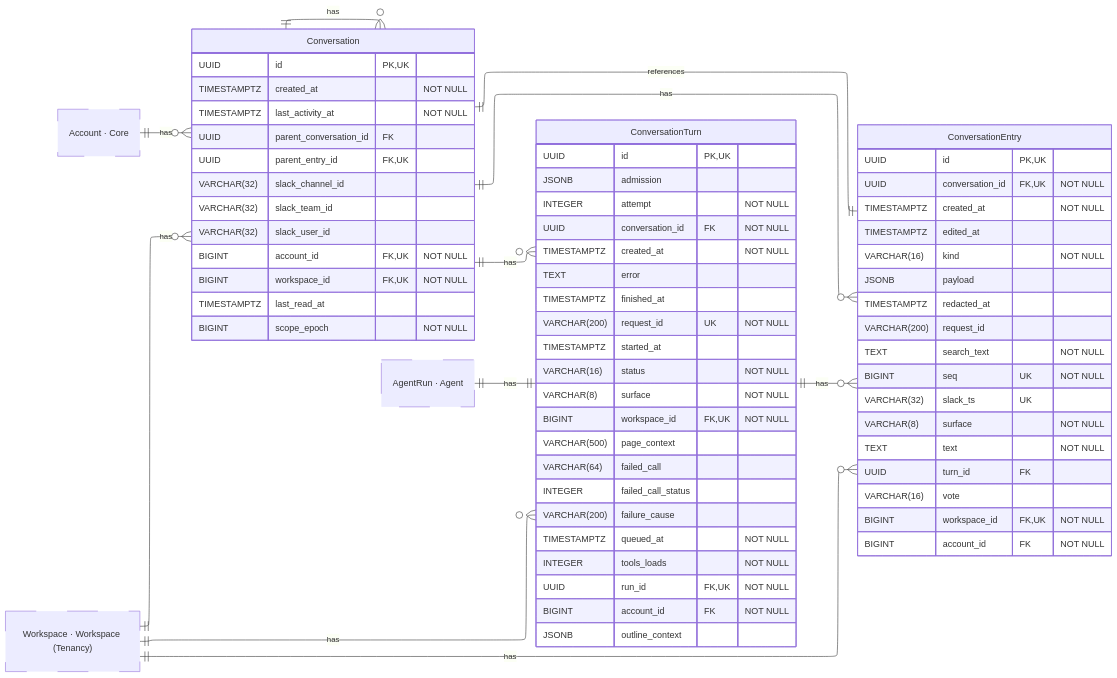
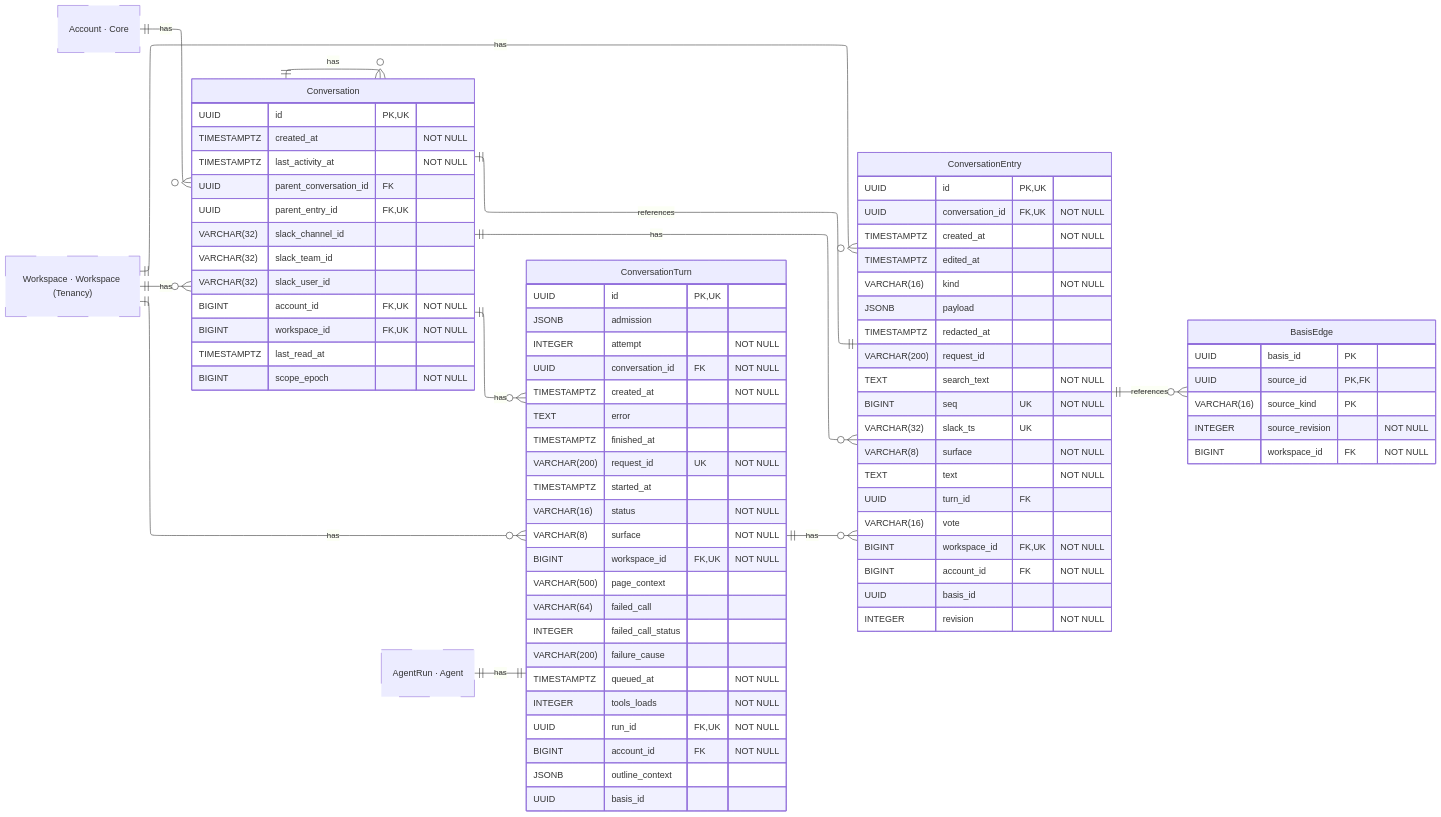
One commit to hephaestus-build/Hephaestus changed the diagram in docs/contributor/erd/conversation.mmd. Above: the diagram before and after it, drawn with Mermaid. The commit also changed 1 other file, not shown here.

Commit message:
chore(server): regenerate the conversation ERD and format the merged queries

```diff
--- a/docs/contributor/erd/conversation.mmd
+++ b/docs/contributor/erd/conversation.mmd
@@ -1,98 +1,110 @@
 ---
 config:
     layout: elk
 ---
 erDiagram
     %% Generated automatically from PostgreSQL database schema
     %% using scripts/generate-mermaid-erd.ts
     %% To regenerate: vp run db:generate-erd-docs
 
     direction LR
+
+    BasisEdge {
+        UUID basis_id PK
+        UUID source_id PK,FK
+        VARCHAR(16) source_kind PK
+        INTEGER source_revision "NOT NULL"
+        BIGINT workspace_id FK "NOT NULL"
+    }
 
     Conversation {
         UUID id PK,UK
         TIMESTAMPTZ created_at "NOT NULL"
         TIMESTAMPTZ last_activity_at "NOT NULL"
         UUID parent_conversation_id FK
         UUID parent_entry_id FK,UK
         VARCHAR(32) slack_channel_id
         VARCHAR(32) slack_team_id
         VARCHAR(32) slack_user_id
         BIGINT account_id FK,UK "NOT NULL"
         BIGINT workspace_id FK,UK "NOT NULL"
         TIMESTAMPTZ last_read_at
         BIGINT scope_epoch "NOT NULL"
     }
 
     ConversationEntry {
         UUID id PK,UK
         UUID conversation_id FK,UK "NOT NULL"
         TIMESTAMPTZ created_at "NOT NULL"
         TIMESTAMPTZ edited_at
         VARCHAR(16) kind "NOT NULL"
         JSONB payload
         TIMESTAMPTZ redacted_at
         VARCHAR(200) request_id
         TEXT search_text "NOT NULL"
         BIGINT seq UK "NOT NULL"
         VARCHAR(32) slack_ts UK
         VARCHAR(8) surface "NOT NULL"
         TEXT text "NOT NULL"
         UUID turn_id FK
         VARCHAR(16) vote
         BIGINT workspace_id FK,UK "NOT NULL"
         BIGINT account_id FK "NOT NULL"
+        UUID basis_id
+        INTEGER revision "NOT NULL"
     }
 
     ConversationTurn {
         UUID id PK,UK
         JSONB admission
         INTEGER attempt "NOT NULL"
         UUID conversation_id FK "NOT NULL"
         TIMESTAMPTZ created_at "NOT NULL"
         TEXT error
         TIMESTAMPTZ finished_at
         VARCHAR(200) request_id UK "NOT NULL"
         TIMESTAMPTZ started_at
         VARCHAR(16) status "NOT NULL"
         VARCHAR(8) surface "NOT NULL"
         BIGINT workspace_id FK,UK "NOT NULL"
         VARCHAR(500) page_context
         VARCHAR(64) failed_call
         INTEGER failed_call_status
         VARCHAR(200) failure_cause
         TIMESTAMPTZ queued_at "NOT NULL"
         INTEGER tools_loads "NOT NULL"
         UUID run_id FK,UK "NOT NULL"
         BIGINT account_id FK "NOT NULL"
         JSONB outline_context
+        UUID basis_id
     }
 
     Account["Account · Core"]
     AgentRun["AgentRun · Agent"]
     Workspace["Workspace · Workspace (Tenancy)"]
 
     %% Relationships
     %% One-to-One relationships
     ConversationEntry ||--|| Conversation : references
     AgentRun ||--|| ConversationTurn : has
 
     %% One-to-Many relationships
+    ConversationEntry ||--o{ BasisEdge : references
     Account ||--o{ Conversation : has
     Conversation ||--o{ Conversation : has
     Workspace ||--o{ Conversation : has
     Conversation ||--o{ ConversationEntry : has
     ConversationTurn ||--o{ ConversationEntry : has
     Workspace ||--o{ ConversationEntry : has
     Conversation ||--o{ ConversationTurn : has
     Workspace ||--o{ ConversationTurn : has
 
     %% Styling
     classDef primaryEntity stroke-width:2px
     classDef associationEntity stroke-width:1px
     classDef metadataEntity stroke-width:1px
     classDef referenceEntity stroke-dasharray:5 5
 
     class Account referenceEntity
     class AgentRun referenceEntity
     class Workspace referenceEntity
```
